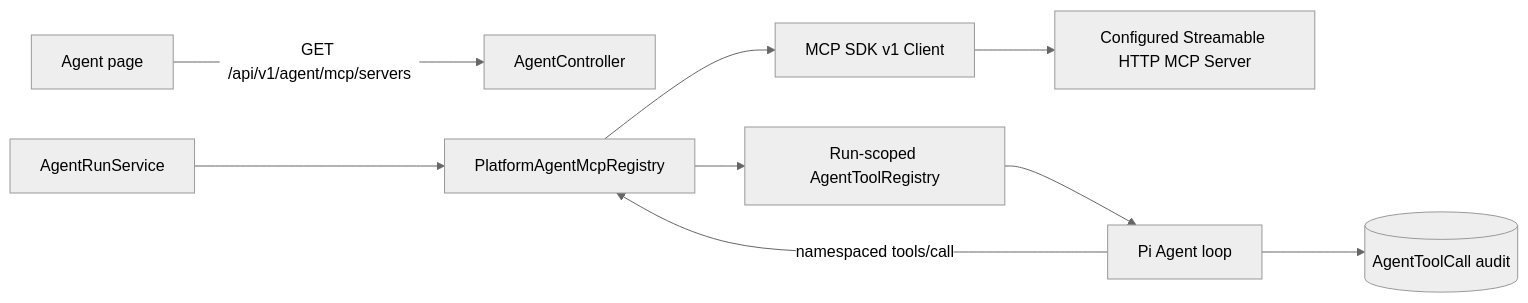
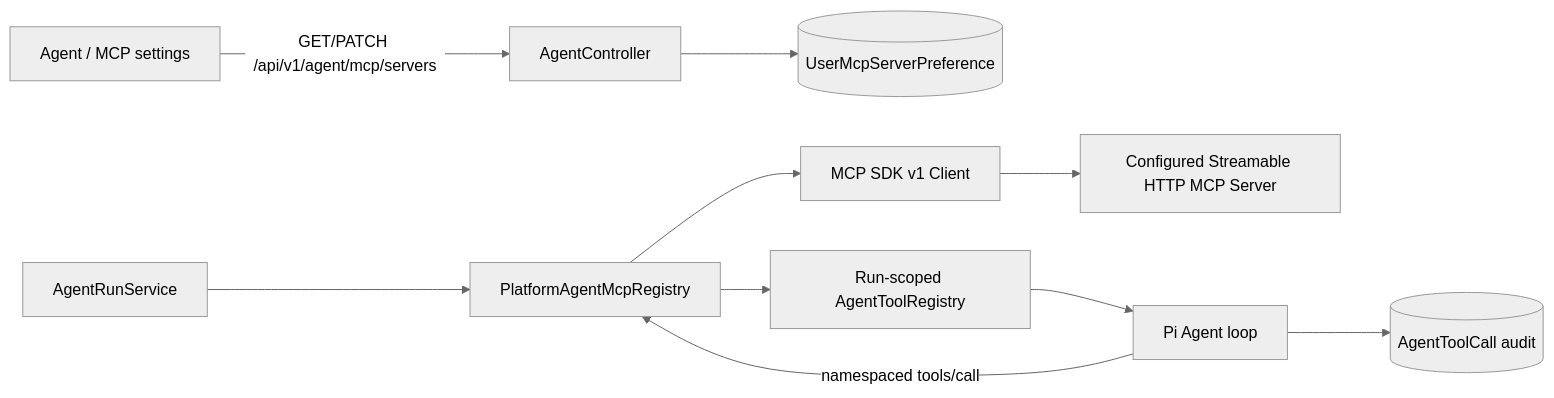
Before and after one commit to wanglsh97/super-mind-studio: the diagram in openspec/changes/add-agent-mcp-integration/design.md, drawn with Mermaid (neutral theme). The commit also changed other lines of this file and 75 other files, not shown here.

````diff
--- a/openspec/changes/add-agent-mcp-integration/design.md
+++ b/openspec/changes/add-agent-mcp-integration/design.md
@@ -30,11 +30,12 @@
 ```mermaid
 flowchart LR
-    W["Agent page"] -->|"GET /api/v1/agent/mcp/servers"| A["AgentController"]
+    W["Agent / MCP settings"] -->|"GET/PATCH /api/v1/agent/mcp/servers"| A["AgentController"]
+    A --> U[("UserMcpServerPreference")]
     R["AgentRunService"] --> M["PlatformAgentMcpRegistry"]
     M --> C["MCP SDK v1 Client"]
     C --> S["Configured Streamable HTTP MCP Server"]
     M --> T["Run-scoped AgentToolRegistry"]
     T --> P["Pi Agent loop"]
     P -->|"namespaced tools/call"| M
     P --> D[("AgentToolCall audit")]
 ```
````
